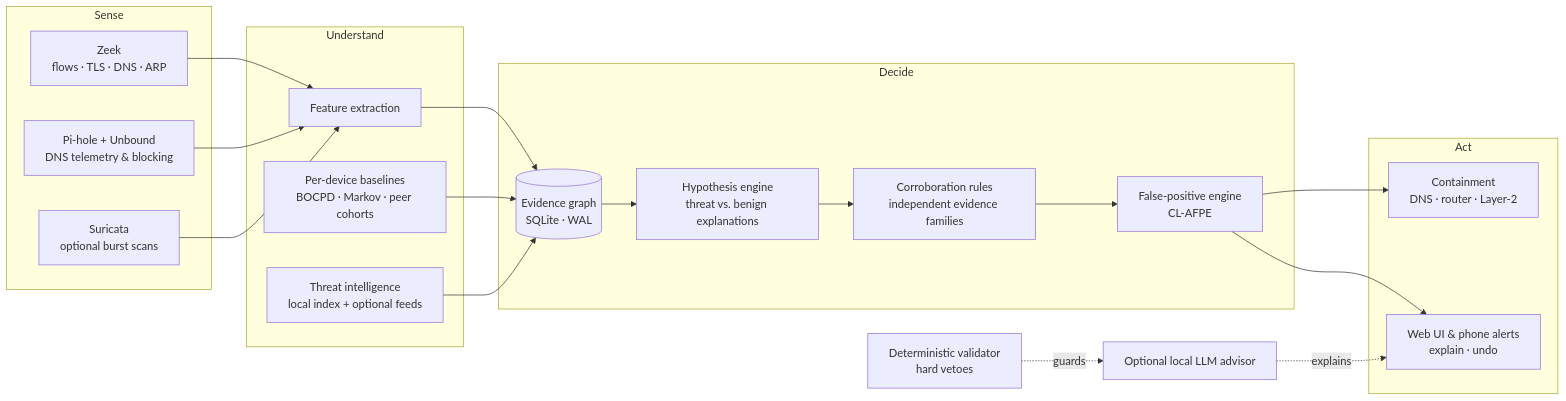
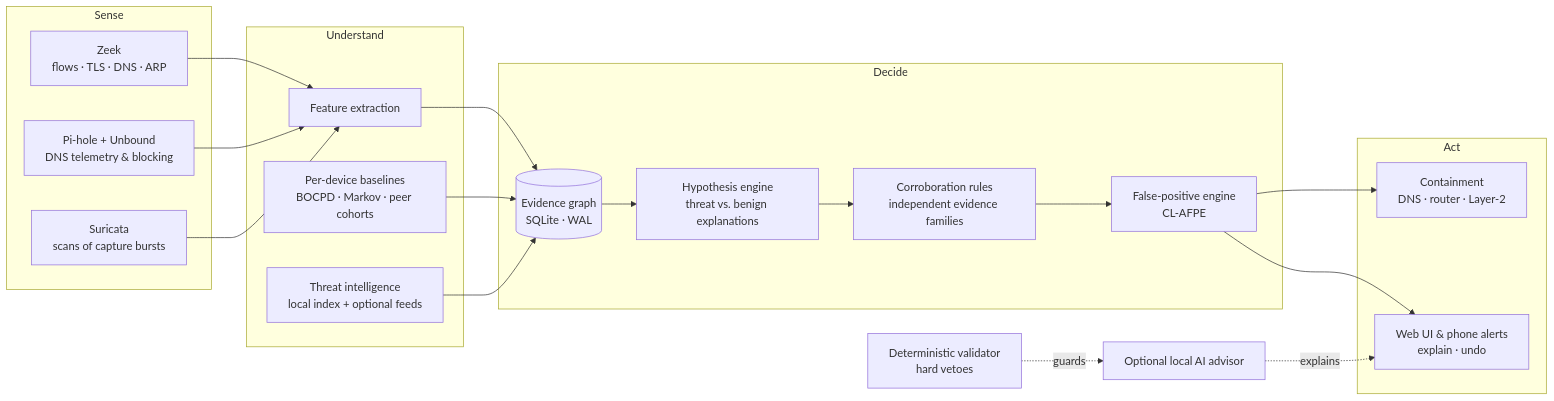
One commit to gsaket-sky/home-ids changed the diagram in Documentation/PRODUCT_DESCRIPTION.md. Above: the diagram before and after it, drawn with Mermaid. The commit also changed other lines of this file and 23 other files, not shown here.

````diff
--- a/Documentation/PRODUCT_DESCRIPTION.md
+++ b/Documentation/PRODUCT_DESCRIPTION.md
@@ -18,33 +18,33 @@
 ```mermaid
 flowchart LR
     subgraph Sense["Sense"]
         Z[Zeek<br/>flows · TLS · DNS · ARP]
         P[Pi-hole + Unbound<br/>DNS telemetry & blocking]
-        S[Suricata<br/>optional burst scans]
+        S[Suricata<br/>scans of capture bursts]
     end
     subgraph Understand["Understand"]
         F[Feature extraction]
         B[Per-device baselines<br/>BOCPD · Markov · peer cohorts]
         T[Threat intelligence<br/>local index + optional feeds]
     end
     subgraph Decide["Decide"]
         G[(Evidence graph<br/>SQLite · WAL)]
         H[Hypothesis engine<br/>threat vs. benign explanations]
         C[Corroboration rules<br/>independent evidence families]
         Q[False-positive engine<br/>CL-AFPE]
     end
     subgraph Act["Act"]
         M[Containment<br/>DNS · router · Layer-2]
         U[Web UI & phone alerts<br/>explain · undo]
     end
     Z --> F
     P --> F
     S --> F
     F --> G
     B --> G
     T --> G
     G --> H --> C --> Q --> M
     Q --> U
-    L[Optional local LLM advisor] -.explains.-> U
+    L[Optional local AI advisor] -.explains.-> U
     V[Deterministic validator<br/>hard vetoes] -.guards.-> L
 ```
````
